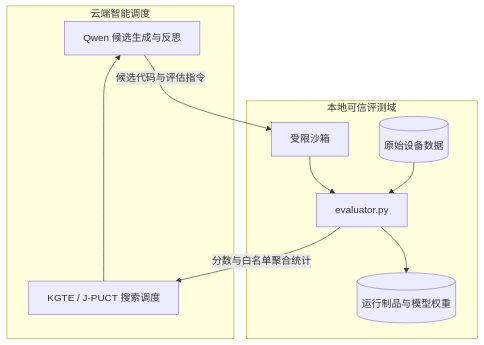
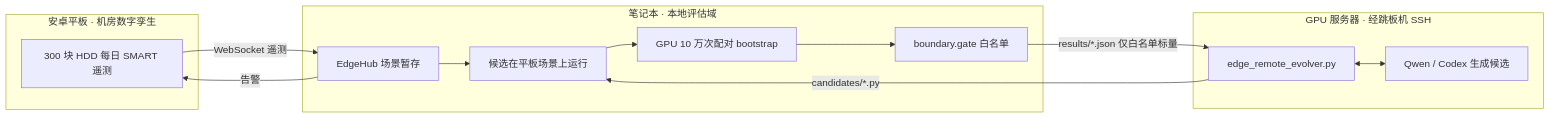
Before and after one commit to houchenfeng/FaultEvolve-ResearchAssistant: the diagram in README.md, drawn with Mermaid. The commit also changed other lines of this file and 20 other files, not shown here.

````diff
--- a/README.md
+++ b/README.md
@@ -656,19 +175,22 @@
 ```mermaid
-flowchart TB
-    subgraph Cloud[云端智能调度]
-      Q[Qwen 候选生成与反思]
-      S[KGTE / J-PUCT 搜索调度]
+flowchart LR
+    subgraph Edge[安卓平板 · 机房数字孪生]
+      T[300 块 HDD 每日 SMART 遥测]
     end
-    subgraph Local[本地可信评测域]
-      D[(原始设备数据)]
-      E[evaluator.py]
-      X[受限沙箱]
-      A[(运行制品与模型权重)]
+    subgraph Local[笔记本 · 本地评估域]
+      H[EdgeHub 场景暂存]
+      E[候选在平板场景上运行]
+      G[GPU 10 万次配对 bootstrap]
+      B[boundary.gate 白名单]
     end
-    Q -->|候选代码与评估指令| X
-    X --> E
-    D --> E
-    E -->|分数与白名单聚合统计| S
-    E --> A
-    S --> Q
+    subgraph Server[GPU 服务器 · 经跳板机 SSH]
+      V[edge_remote_evolver.py]
+      L[Qwen / Codex 生成候选]
+    end
+    T -- WebSocket 遥测 --> H
+    H -- 告警 --> T
+    V -- candidates/*.py --> E
+    H --> E --> G --> B
+    B -- results/*.json 仅白名单标量 --> V
+    V <--> L
 ```
````
